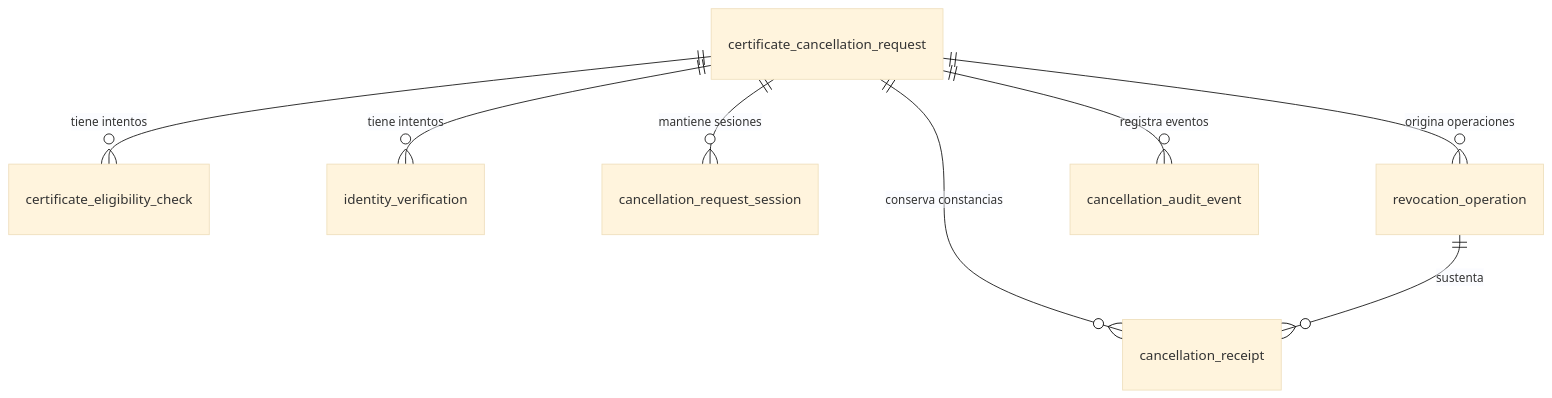
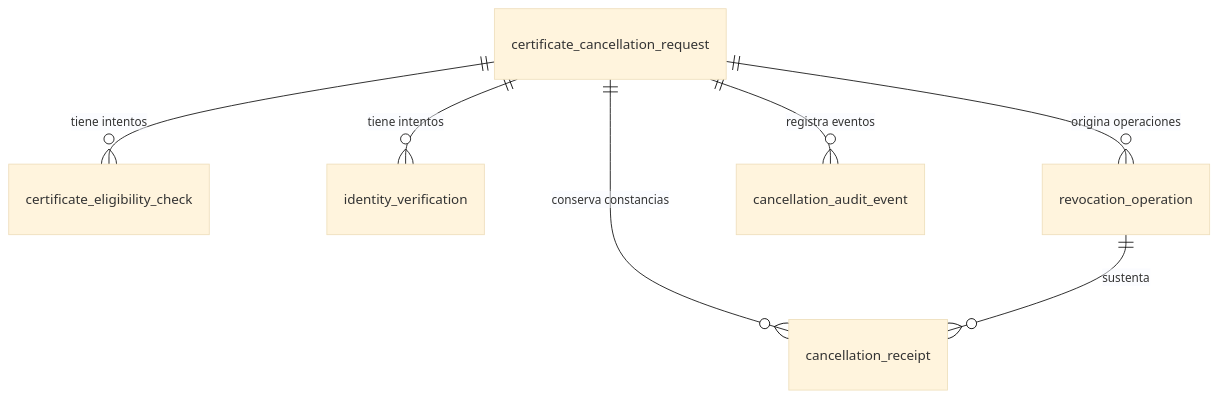
One commit to deyvisml/temp-reniec changed the diagram in docs/data-model/README.md. Above: the diagram before and after it, drawn with Mermaid (base theme). The commit also changed other lines of this file and 75 other files, not shown here.

First line of the commit message:
Refactor cancellation request persistence model to simplify schema and recovery processes

````diff
--- a/docs/data-model/README.md
+++ b/docs/data-model/README.md
@@ -9,10 +9,9 @@
 ```mermaid
 erDiagram
     certificate_cancellation_request ||--o{ certificate_eligibility_check : "tiene intentos"
     certificate_cancellation_request ||--o{ identity_verification : "tiene intentos"
-    certificate_cancellation_request ||--o{ cancellation_request_session : "mantiene sesiones"
     certificate_cancellation_request ||--o{ revocation_operation : "origina operaciones"
     certificate_cancellation_request ||--o{ cancellation_receipt : "conserva constancias"
     certificate_cancellation_request ||--o{ cancellation_audit_event : "registra eventos"
     revocation_operation ||--o{ cancellation_receipt : "sustenta"
 ```
````
